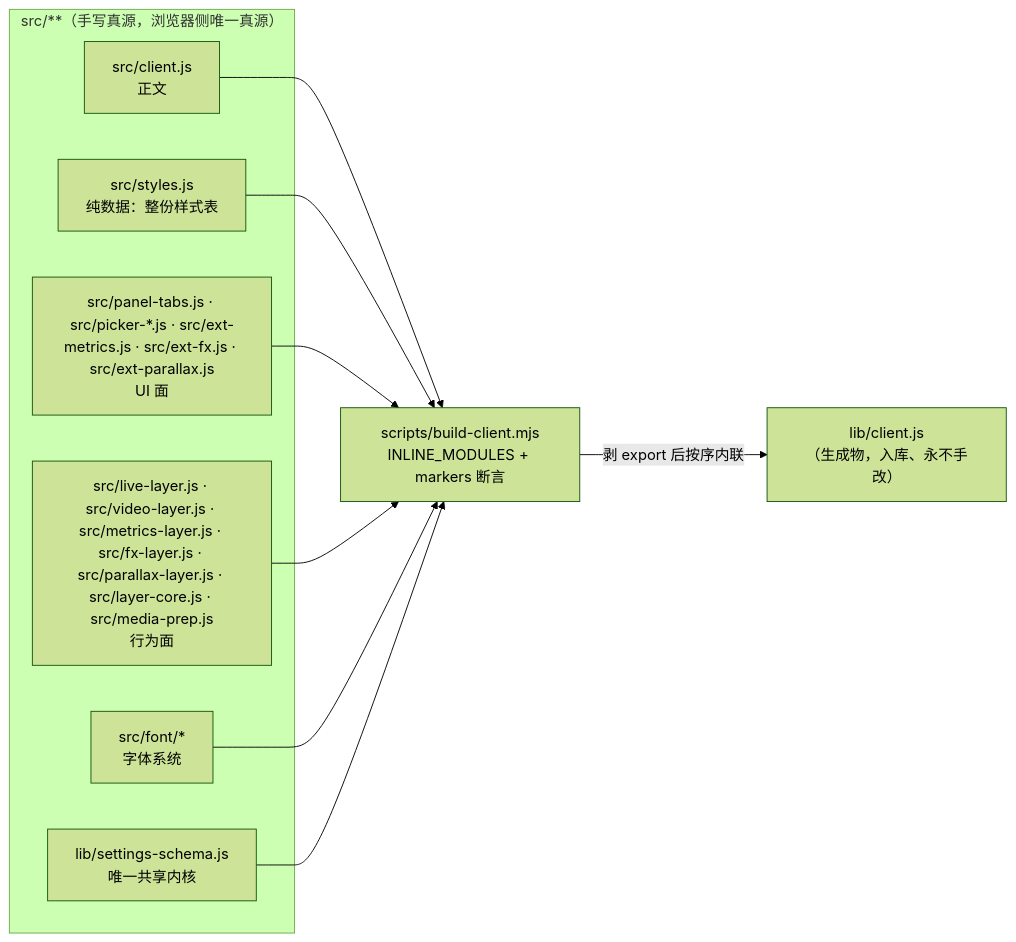
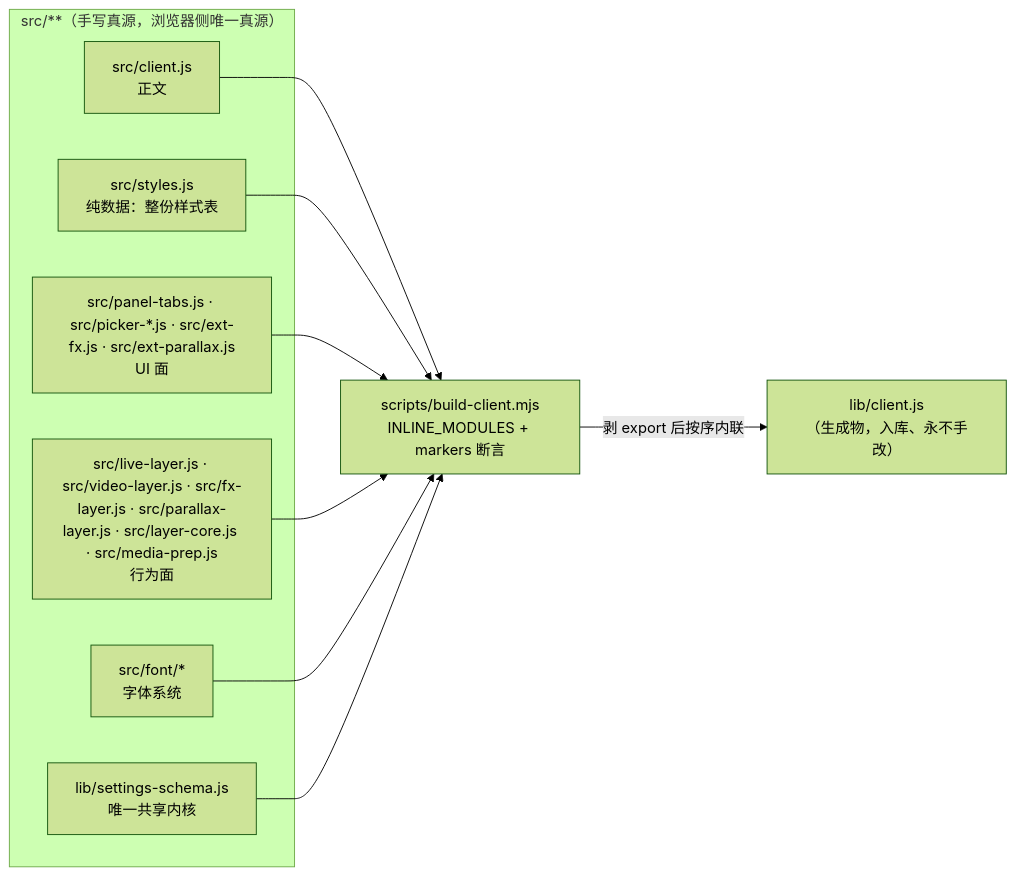
Before and after one commit to YV3507/dsh-wallpaper-engine: the fourth of 5 diagrams in docs/CODE-STRUCTURE.md, drawn with Mermaid (forest theme). The commit also changed other lines of this file and 27 other files, not shown here.

First line of the commit message:
chore(ext): 「扩展」一号模块「硬件资源监控柱状图」整体退役 —— 四份实现删除 + 30 键 / 路由 / 视差连带面 / 守卫夹具全摘

````diff
--- a/docs/CODE-STRUCTURE.md
+++ b/docs/CODE-STRUCTURE.md
@@ -172,18 +170,18 @@
 ```mermaid
 graph LR
     subgraph SRC["src/**（手写真源，浏览器侧唯一真源）"]
         C["src/client.js<br/>正文"]
         A["src/styles.js<br/>纯数据：整份样式表"]
-        B["src/panel-tabs.js · src/picker-*.js · src/ext-metrics.js · src/ext-fx.js · src/ext-parallax.js<br/>UI 面"]
-        D["src/live-layer.js · src/video-layer.js · src/metrics-layer.js · src/fx-layer.js · src/parallax-layer.js · src/layer-core.js · src/media-prep.js<br/>行为面"]
+        B["src/panel-tabs.js · src/picker-*.js · src/ext-fx.js · src/ext-parallax.js<br/>UI 面"]
+        D["src/live-layer.js · src/video-layer.js · src/fx-layer.js · src/parallax-layer.js · src/layer-core.js · src/media-prep.js<br/>行为面"]
         E["src/font/*<br/>字体系统"]
         F["lib/settings-schema.js<br/>唯一共享内核"]
     end
     C --> BUILD["scripts/build-client.mjs<br/>INLINE_MODULES + markers 断言"]
     A --> BUILD
     B --> BUILD
     D --> BUILD
     E --> BUILD
     F --> BUILD
     BUILD -->|剥 export 后按序内联| OUT["lib/client.js<br/>（生成物，入库、永不手改）"]
 ```
````
